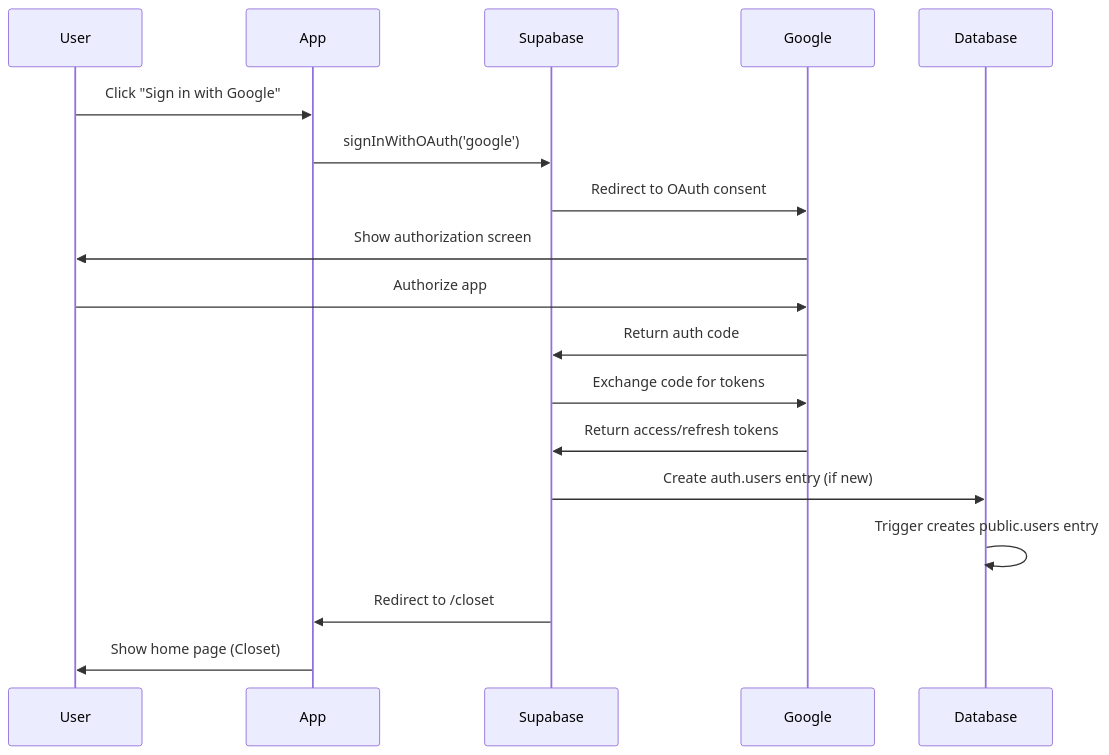
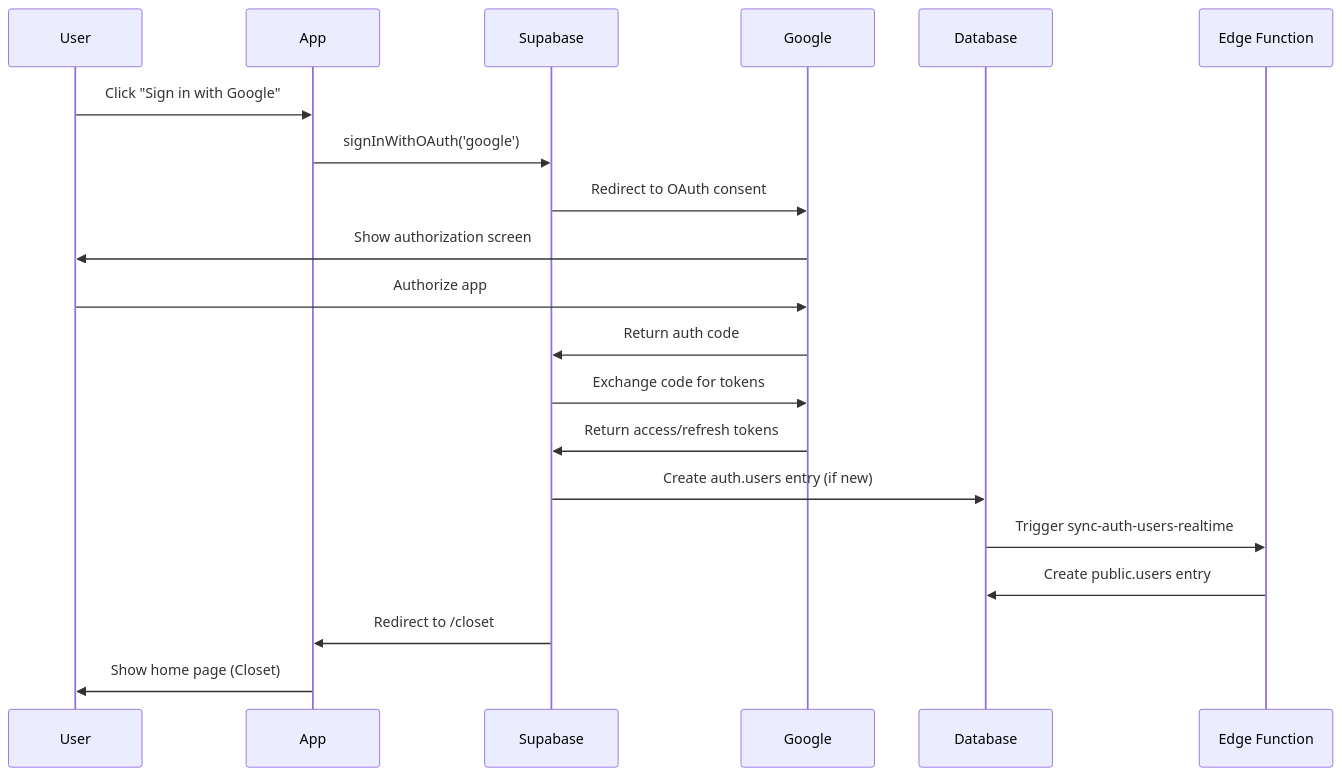
Before and after one commit to bryanseah234/sgStyleSnap2025: the diagram in docs/guides/AUTHENTICATION_GUIDE.md, drawn with Mermaid. The commit also changed other lines of this file and 17 other files, not shown here.

````diff
--- a/docs/guides/AUTHENTICATION_GUIDE.md
+++ b/docs/guides/AUTHENTICATION_GUIDE.md
@@ -26,21 +26,22 @@
 ```mermaid
 sequenceDiagram
     participant User
     participant App
     participant Supabase
     participant Google
     participant Database
 
     User->>App: Click "Sign in with Google"
     App->>Supabase: signInWithOAuth('google')
     Supabase->>Google: Redirect to OAuth consent
     Google->>User: Show authorization screen
     User->>Google: Authorize app
     Google->>Supabase: Return auth code
     Supabase->>Google: Exchange code for tokens
     Google->>Supabase: Return access/refresh tokens
     Supabase->>Database: Create auth.users entry (if new)
-    Database->>Database: Trigger creates public.users entry
+    Database->>Edge Function: Trigger sync-auth-users-realtime
+    Edge Function->>Database: Create public.users entry
     Supabase->>App: Redirect to /closet
     App->>User: Show home page (Closet)
 ```
````
